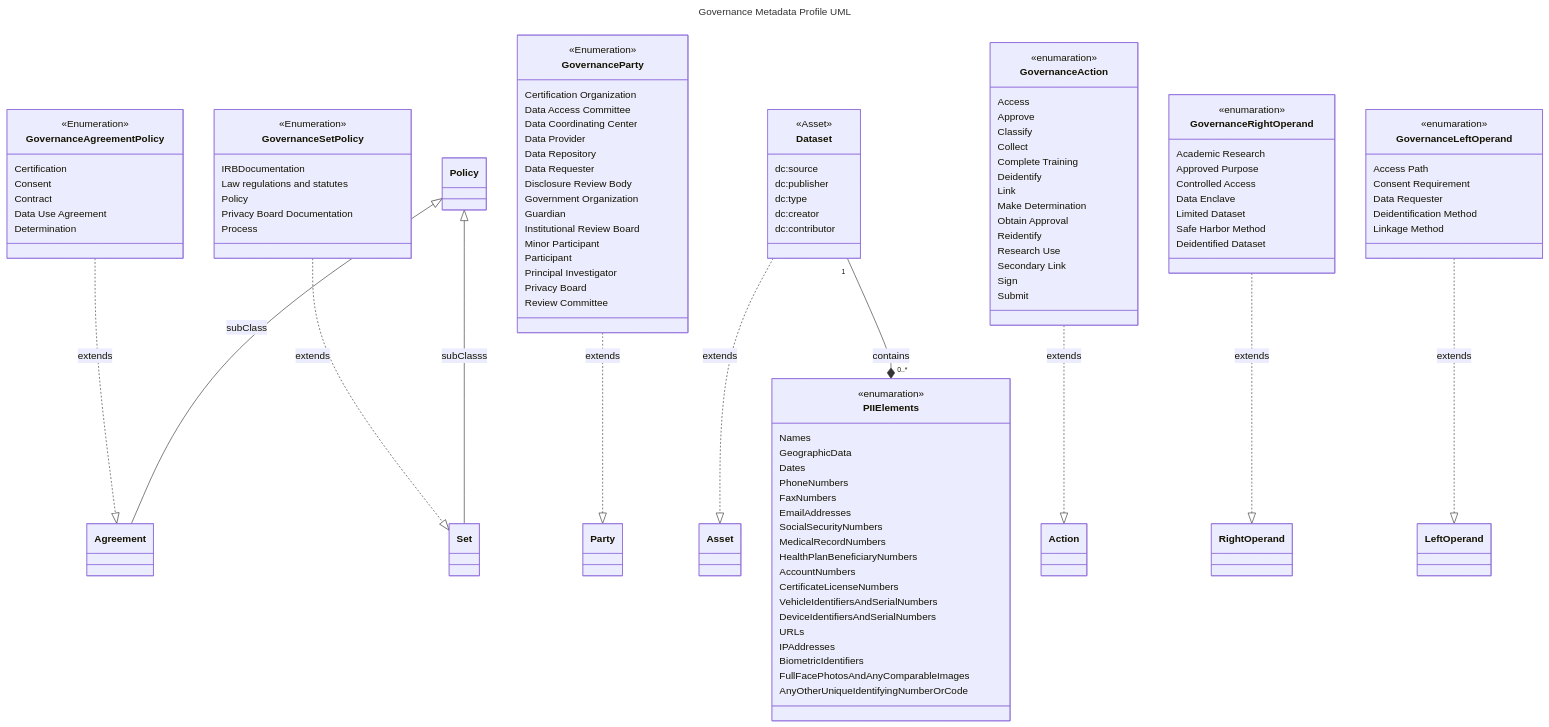
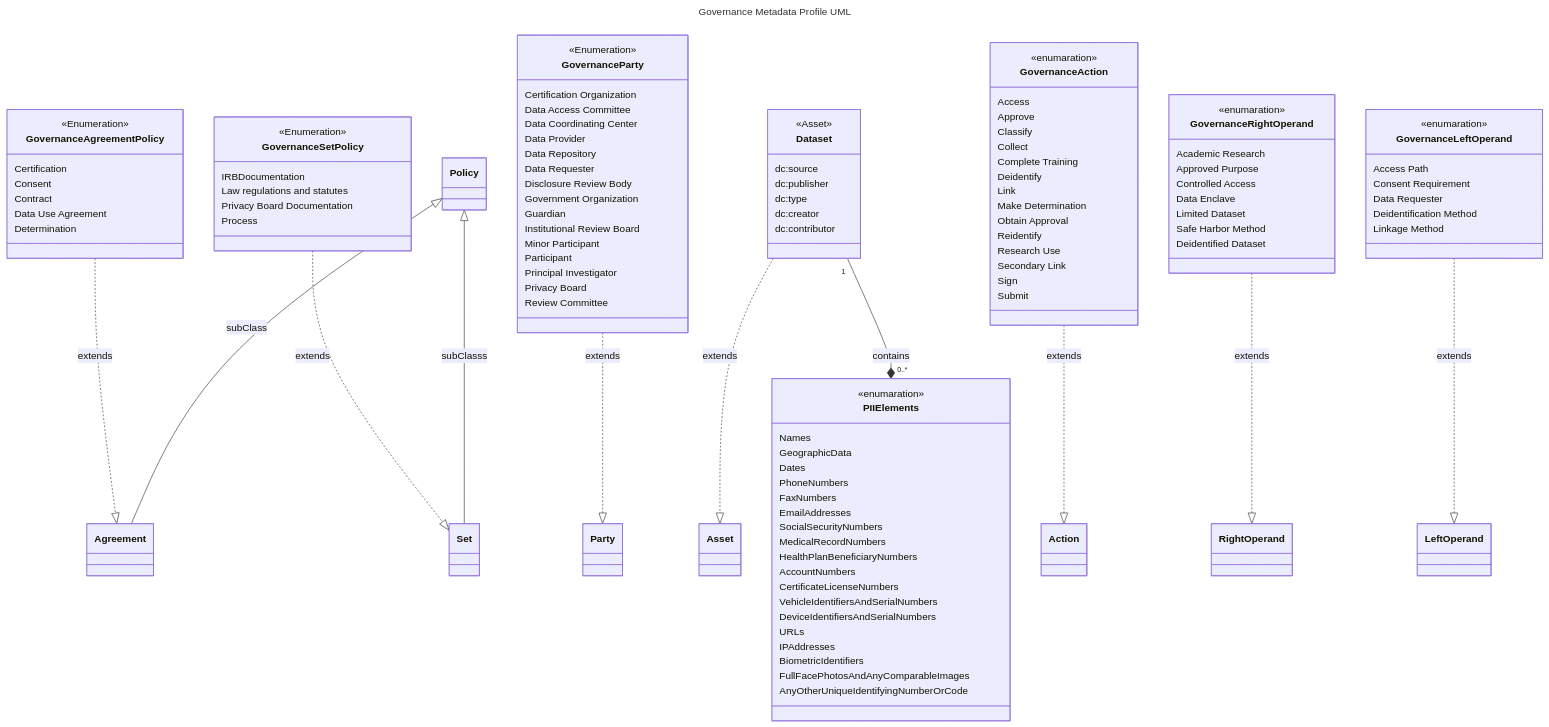
The third of 4 diagrams in MetadataSchema/README.md (NIH-NICHD/Data-Linkage-Governance), drawn with Mermaid before and after one commit.

Commit message:
removing extra policy

```diff
--- a/MetadataSchema/README.md
+++ b/MetadataSchema/README.md
@@ -281,7 +281,6 @@
         <<Enumeration>>
         IRBDocumentation
         Law regulations and statutes
-        Policy
         Privacy Board Documentation
         Process    
     }
```
